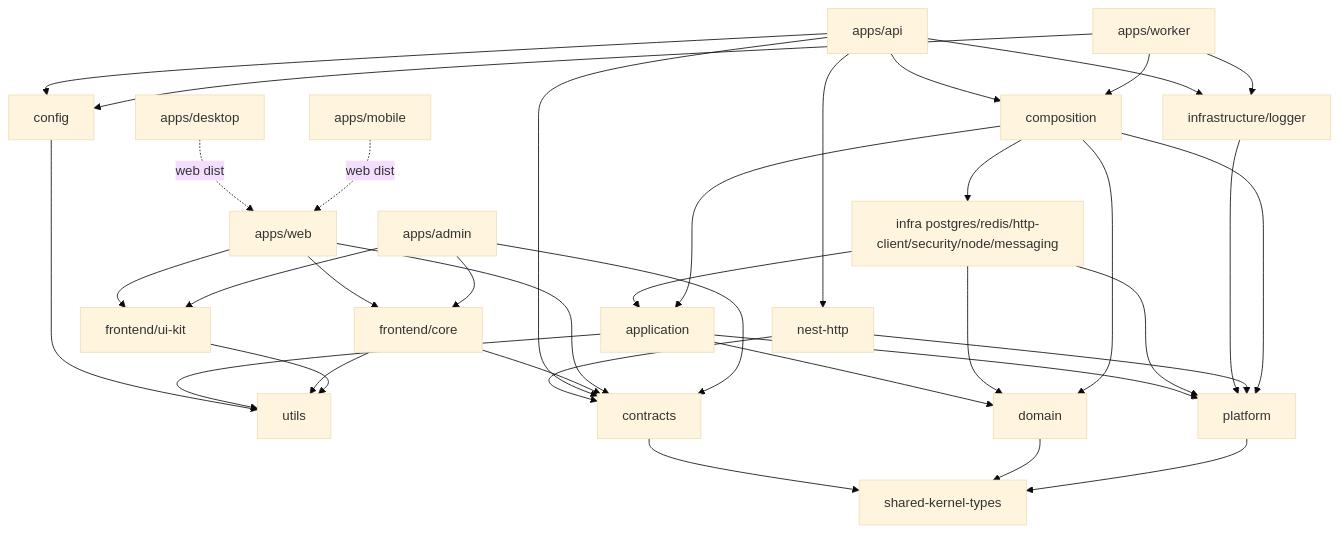
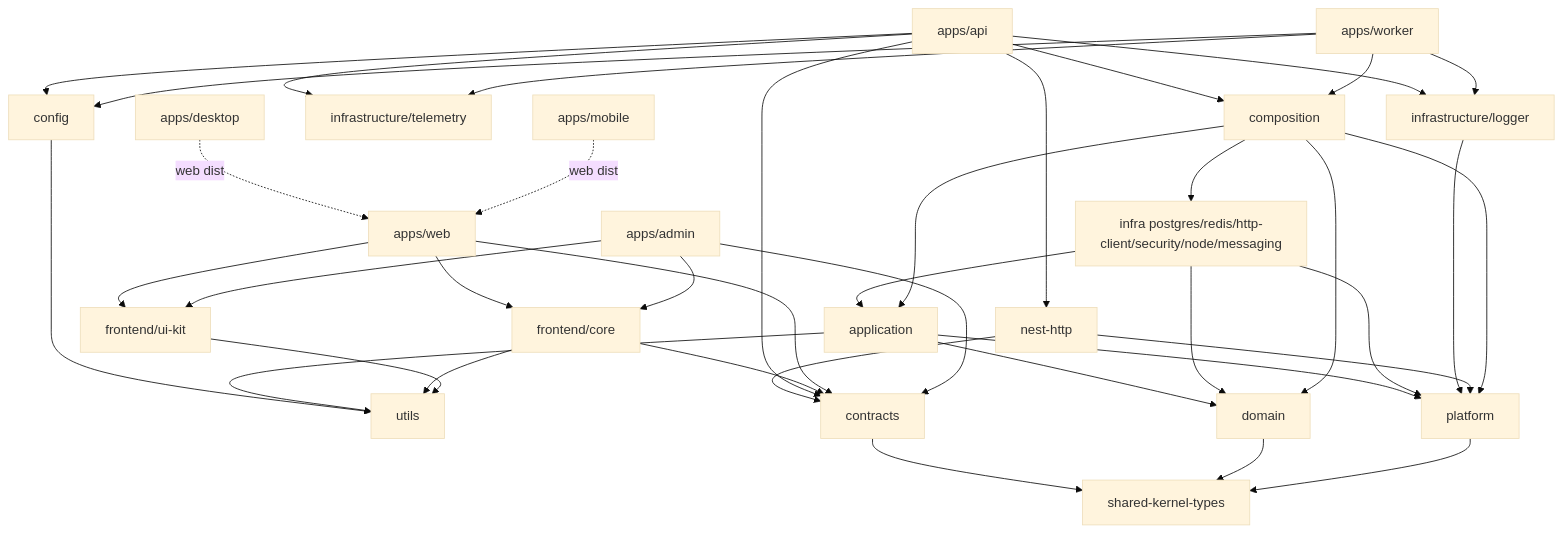
Before and after one commit to VladimirGhrejyan/b2b-saas-starter-kit: the diagram in docs/architecture/workspace-topology.md, drawn with Mermaid (base theme). The commit also changed other lines of this file and 59 other files, not shown here.

````diff
--- a/docs/architecture/workspace-topology.md
+++ b/docs/architecture/workspace-topology.md
@@ -107,62 +109,65 @@
 ```mermaid
 flowchart TB
   skt[shared-kernel-types]
   utils[utils]
   contracts[contracts]
   cfg[config]
 
   domain[domain]
   platform[platform]
   application[application]
   infra["infra postgres/redis/http-client/security/node/messaging"]
   loggerPkg[infrastructure/logger]
+  telemetryPkg[infrastructure/telemetry]
   nestHttp[nest-http]
   composition[composition]
 
   api[apps/api]
   worker[apps/worker]
 
   ui[frontend/ui-kit]
   core[frontend/core]
   web[apps/web]
   admin[apps/admin]
   desktop[apps/desktop]
   mobile[apps/mobile]
 
   contracts --> skt
   cfg --> utils
   domain --> skt
   platform --> skt
   application --> domain
   application --> platform
   application --> utils
   infra --> domain
   infra --> application
   infra --> platform
   loggerPkg --> platform
   nestHttp --> contracts
   nestHttp --> platform
   composition --> domain
   composition --> application
   composition --> infra
   composition --> platform
   api --> nestHttp
   api --> composition
   api --> contracts
   api --> cfg
   api --> loggerPkg
+  api --> telemetryPkg
   worker --> composition
   worker --> cfg
   worker --> loggerPkg
+  worker --> telemetryPkg
   core --> contracts
   core --> utils
   ui --> utils
   web --> ui
   web --> core
   web --> contracts
   admin --> ui
   admin --> core
   admin --> contracts
   desktop -.->|"web dist"| web
   mobile -.->|"web dist"| web
 ```
````
